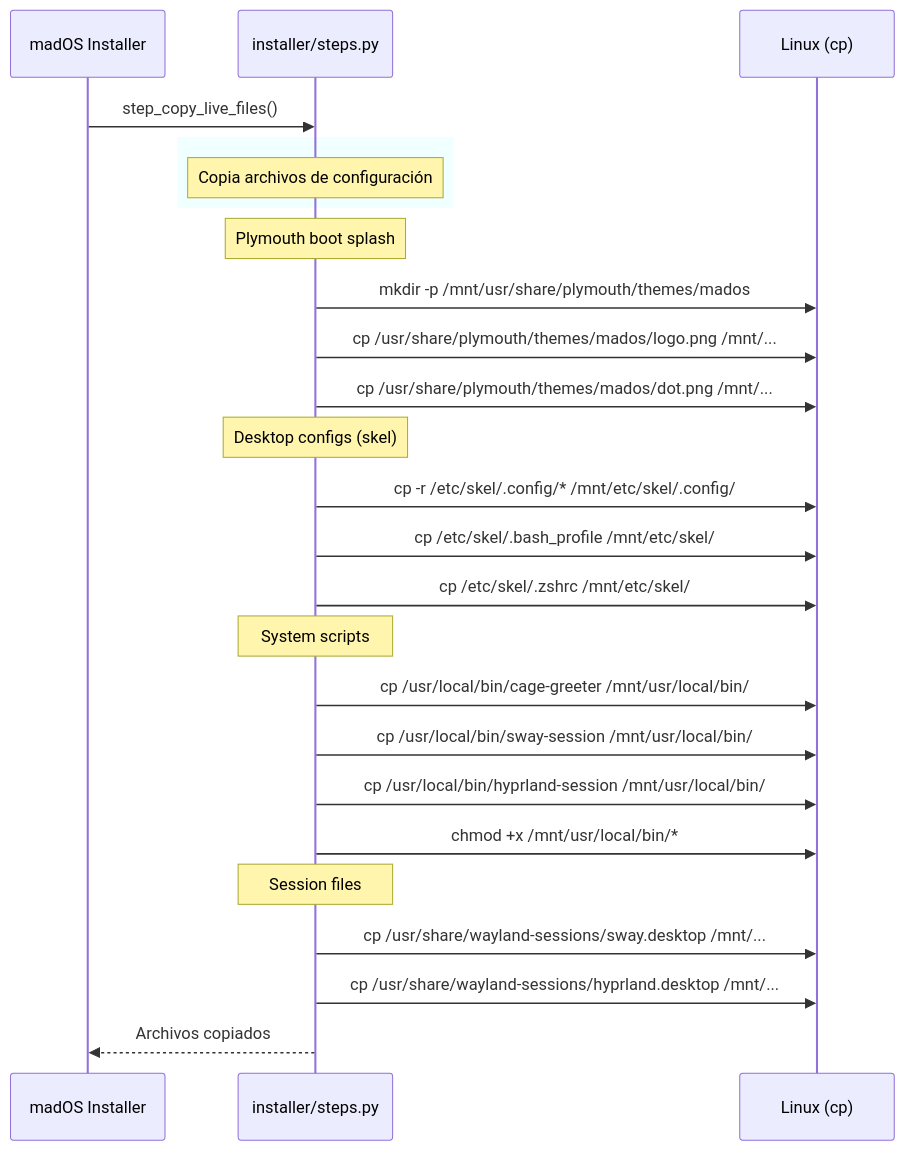
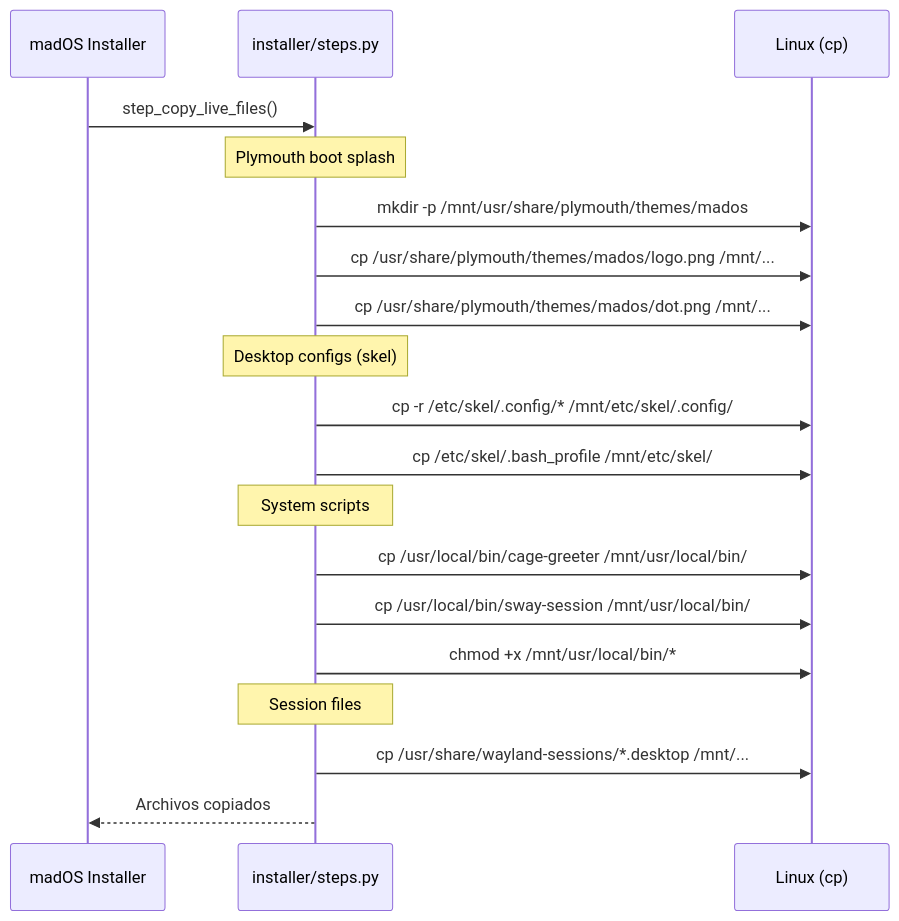
Before and after one commit to madoslinux/mados-installer: the sixth of 12 diagrams in INSTALLATION_FLOW.md, drawn with Mermaid. The commit also changed other lines of this file, not shown here.

Commit message:
docs: update installation flow diagrams with detailed GRUB steps

````diff
--- a/INSTALLATION_FLOW.md
+++ b/INSTALLATION_FLOW.md
@@ -154,34 +128,27 @@
 ```mermaid
 sequenceDiagram
     participant App as madOS Installer
     participant Steps as installer/steps.py
     participant System as Linux (cp)
 
     App->>Steps: step_copy_live_files()
-
-    rect rgb(240, 255, 255)
-        Note over Steps: Copia archivos de configuración
-    end
 
     Note over Steps: Plymouth boot splash
     Steps->>System: mkdir -p /mnt/usr/share/plymouth/themes/mados
     Steps->>System: cp /usr/share/plymouth/themes/mados/logo.png /mnt/...
     Steps->>System: cp /usr/share/plymouth/themes/mados/dot.png /mnt/...
 
     Note over Steps: Desktop configs (skel)
     Steps->>System: cp -r /etc/skel/.config/* /mnt/etc/skel/.config/
     Steps->>System: cp /etc/skel/.bash_profile /mnt/etc/skel/
-    Steps->>System: cp /etc/skel/.zshrc /mnt/etc/skel/
 
     Note over Steps: System scripts
     Steps->>System: cp /usr/local/bin/cage-greeter /mnt/usr/local/bin/
     Steps->>System: cp /usr/local/bin/sway-session /mnt/usr/local/bin/
-    Steps->>System: cp /usr/local/bin/hyprland-session /mnt/usr/local/bin/
     Steps->>System: chmod +x /mnt/usr/local/bin/*
 
     Note over Steps: Session files
-    Steps->>System: cp /usr/share/wayland-sessions/sway.desktop /mnt/...
-    Steps->>System: cp /usr/share/wayland-sessions/hyprland.desktop /mnt/...
+    Steps->>System: cp /usr/share/wayland-sessions/*.desktop /mnt/...
 
     Steps-->>App: Archivos copiados
 ```
````
